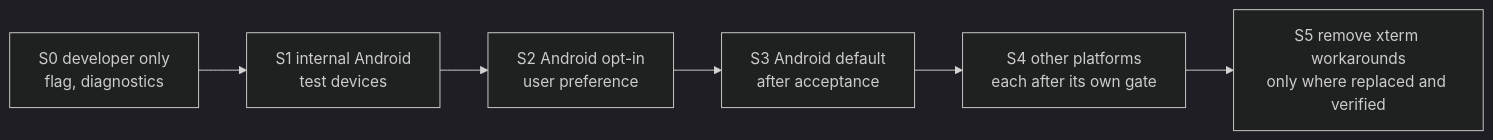
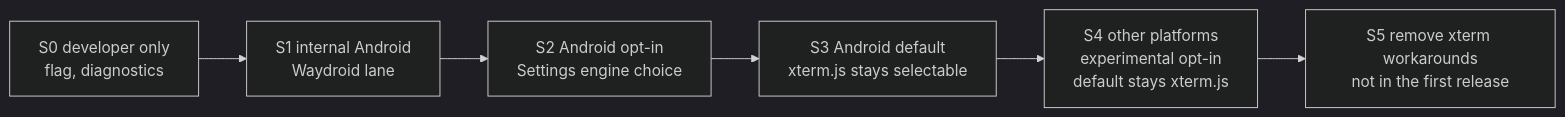
The diagram in docs/architecture/terminal-migration-plan.md (mihazs/lazysh), drawn with Mermaid (dark theme) before and after one commit. The commit also changed other lines of this file and 1 other file, not shown here.

First line of the commit message:
docs(terminal): record the Waydroid decision in ADR 0001 and the rollout gates

````diff
--- a/docs/architecture/terminal-migration-plan.md
+++ b/docs/architecture/terminal-migration-plan.md
@@ -58,8 +87,8 @@
 ```mermaid
 flowchart LR
-  S0[S0 developer only<br/>flag, diagnostics] --> S1[S1 internal Android<br/>test devices]
-  S1 --> S2[S2 Android opt-in<br/>user preference]
-  S2 --> S3[S3 Android default<br/>after acceptance]
-  S3 --> S4[S4 other platforms<br/>each after its own gate]
-  S4 --> S5[S5 remove xterm workarounds<br/>only where replaced and verified]
+  S0[S0 developer only<br/>flag, diagnostics] --> S1[S1 internal Android<br/>Waydroid lane]
+  S1 --> S2[S2 Android opt-in<br/>Settings engine choice]
+  S2 --> S3[S3 Android default<br/>xterm.js stays selectable]
+  S3 --> S4[S4 other platforms<br/>experimental opt-in<br/>default stays xterm.js]
+  S4 --> S5[S5 remove xterm workarounds<br/>not in the first release]
 ```
````
